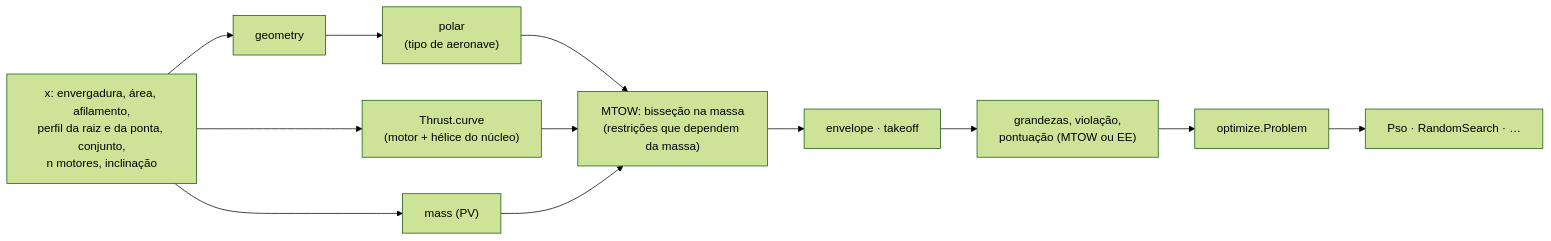
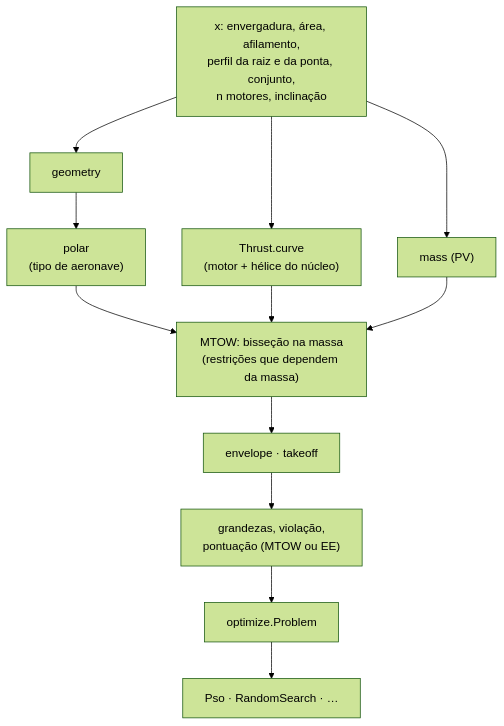
The diagram in core/src/sizing/README.md (vitordallolivo/AircraftSimulation), drawn with Mermaid (forest theme) before and after one commit. The commit also changed 5 other files, not shown here.

````diff
--- a/core/src/sizing/README.md
+++ b/core/src/sizing/README.md
@@ -25,10 +25,10 @@
 ```mermaid
-flowchart LR
+flowchart TB
     X["x: envergadura, área, afilamento,<br/>perfil da raiz e da ponta, conjunto,<br/>n motores, inclinação"] --> G["geometry"] --> P["polar<br/>(tipo de aeronave)"]
     X --> TH["Thrust.curve<br/>(motor + hélice do núcleo)"]
     P --> MT["MTOW: bisseção na massa<br/>(restrições que dependem da massa)"]
     TH --> MT
     MT --> E["envelope · takeoff"] --> O["grandezas, violação,<br/>pontuação (MTOW ou EE)"]
     X --> M["mass (PV)"] --> MT
     O --> OPT["optimize.Problem"] --> PSO["Pso · RandomSearch · …"]
 ```
````
